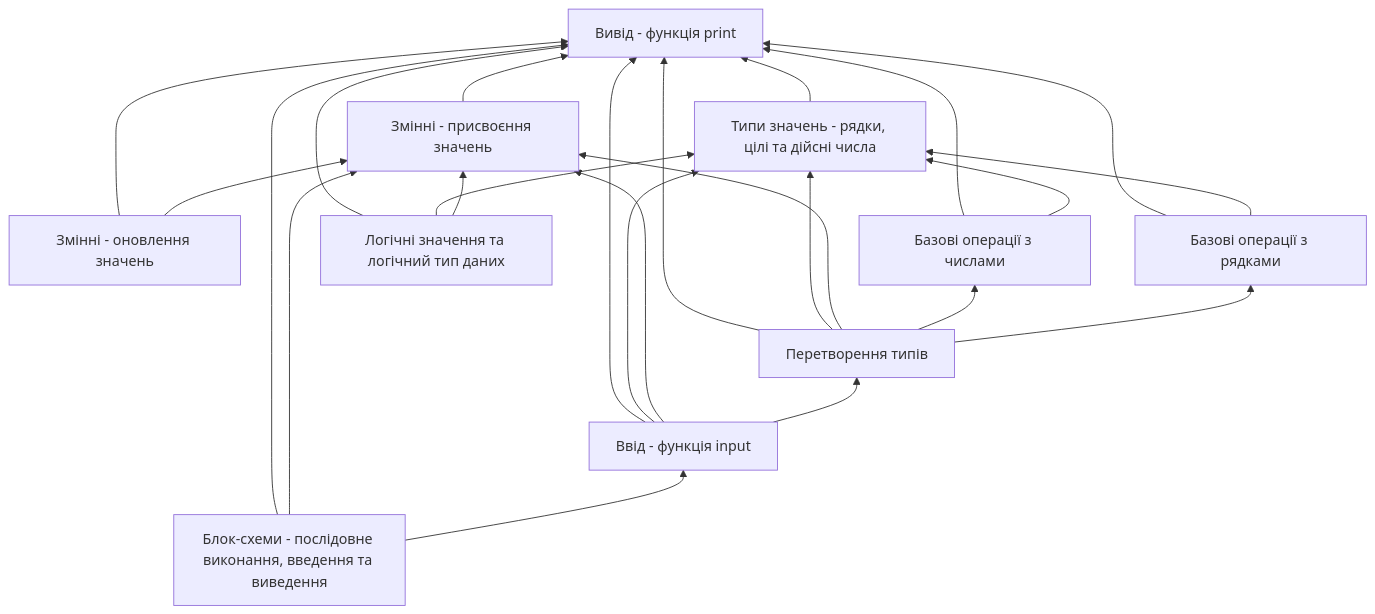
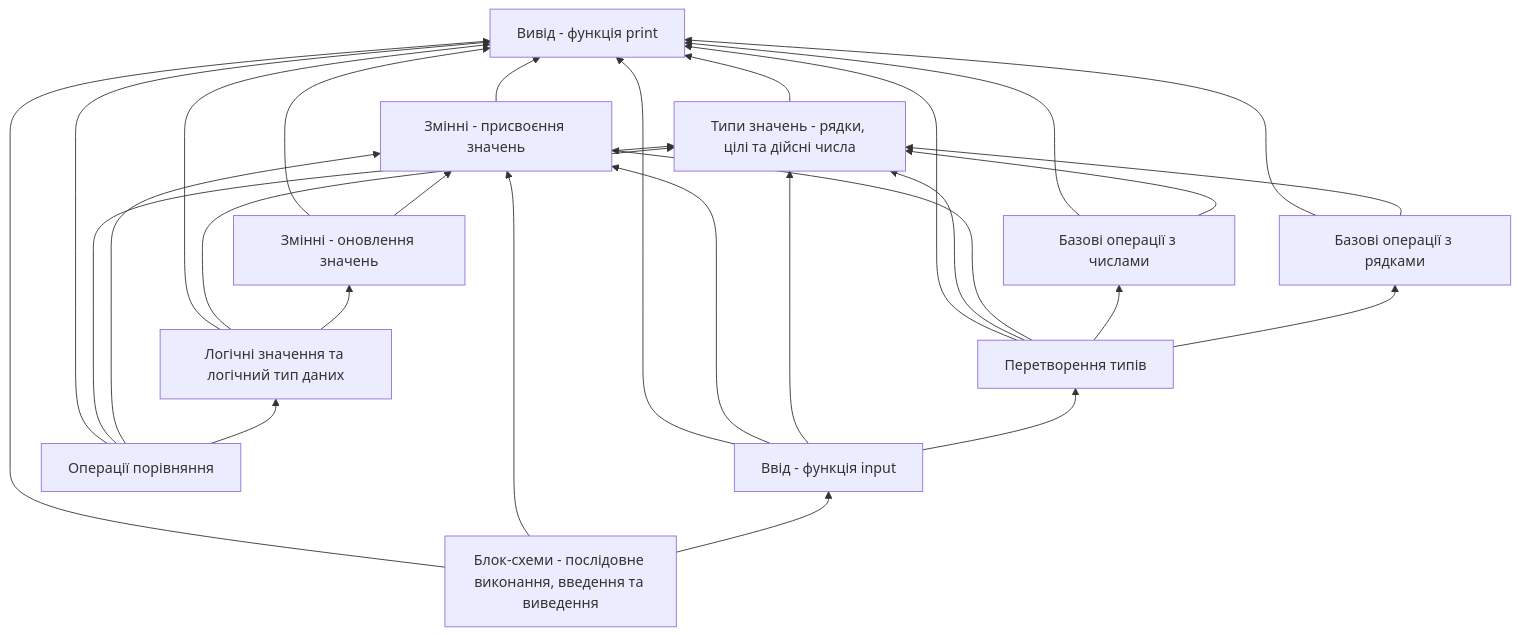
The diagram in Залежності.md (EugeneLoy/python-handbook), drawn with Mermaid before and after one commit. The commit also changed 2 other files, not shown here.

Commit message:
added comparison operators

````diff
--- a/Залежності.md
+++ b/Залежності.md
@@ -5,37 +5,42 @@
 ```mermaid
 graph BT
     A["Вивід - функція print"] 
     B["Типи значень - рядки, цілі та дійсні числа"]
     C["Змінні - присвоєння значень"]
     D["Змінні - оновлення значень"]
     E["Базові операції з числами"]
     F["Базові операції з рядками"]
     G["Перетворення типів"]
     H["Ввід - функція input"]
     I["Блок-схеми - послідовне виконання, введення та виведення"]
     J["Логічні значення та логічний тип даних"]
+    K["Операції порівняння"]
     
     B --> A
     C --> A
     D --> A
     D --> C
     E --> A
     E --> B
     F --> A
     F --> B
     G --> A
     G --> B
     G --> C
     G --> E
     G --> F
     H --> A
+    H --> C
     H --> B
-    H --> C
     H --> G
     I --> A
     I --> C
     I --> H
     J --> A
     J --> B
-    J --> C
+    J --> D
+    K --> A
+    K --> B
+    K --> C
+    K --> J
 ```
````
